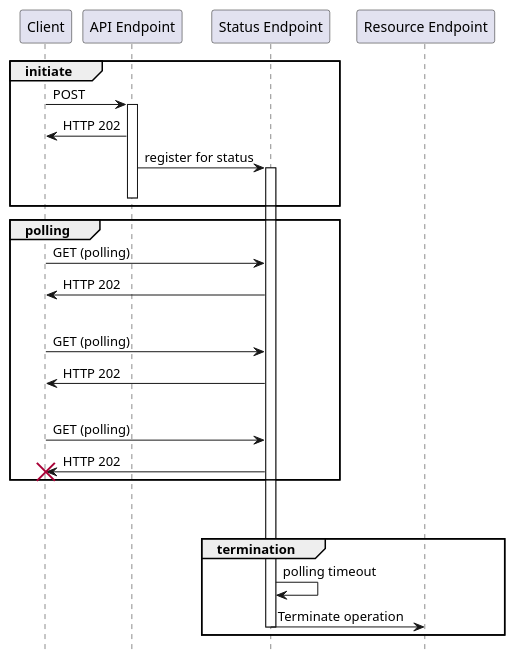
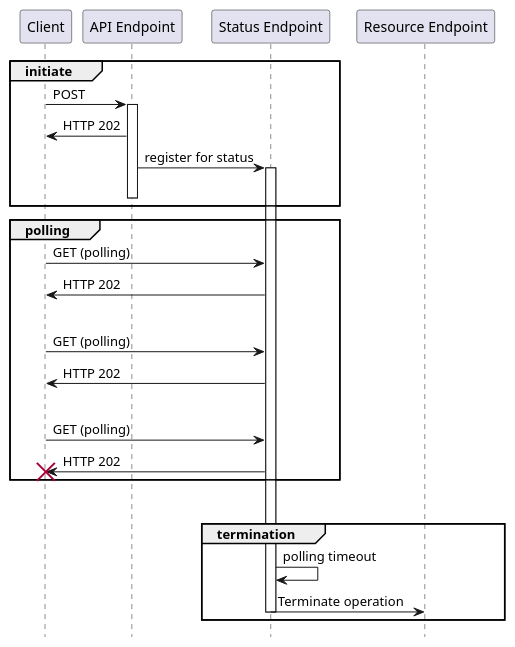
One commit to huntertran/concordia-thesis-topic changed the diagram in justifications/Timeout/Timeout_disconnect_early.puml. Above: the diagram before and after it, drawn with PlantUML. The commit also changed 17 other files, not shown here.

```diff
--- a/justifications/Timeout/Timeout_disconnect_early.puml
+++ b/justifications/Timeout/Timeout_disconnect_early.puml
@@ -1,57 +1,57 @@
 @startuml timeout_disconnect_early
 
 ' !pragma teoz true
 
 hide footbox
 
 group initiate
 
 Client -> "API Endpoint" : POST
 activate "API Endpoint"
 Client <- "API Endpoint" : HTTP 202
 "API Endpoint" -> "Status Endpoint" : register for status
 activate "Status Endpoint"
 deactivate "API Endpoint"
 
 end
 
 group polling
 Client -> "Status Endpoint" : GET (polling)
 Client <- "Status Endpoint" : HTTP 202
 |||
 Client -> "Status Endpoint" : GET (polling)
 Client <- "Status Endpoint" : HTTP 202
 |||
 Client -> "Status Endpoint" : GET (polling)
 Client <- "Status Endpoint" : HTTP 202
 destroy Client
 end
-||45||
+||30||
 
 group termination
 "Status Endpoint" -> "Status Endpoint" : polling timeout
 
 "Status Endpoint" -> "Resource Endpoint" : Terminate operation
 deactivate "Status Endpoint"
 end
 
 ' |||
 ' Client -> "Status Endpoint" : GET (polling)
 ' Client <- "Status Endpoint" : HTTP 202
 ' |||
 ' Client -> "Status Endpoint" : GET (polling)
 ' Client <- "Status Endpoint" : HTTP 302
 ' deactivate "Status Endpoint"
 
 
 
 ' group get result
 
 ' Client -> "Resource Endpoint" : GET
 ' activate "Resource Endpoint"
 ' Client <- "Resource Endpoint" : HTTP 200
 ' deactivate "Resource Endpoint"
 
 ' end
 
 @enduml
```
